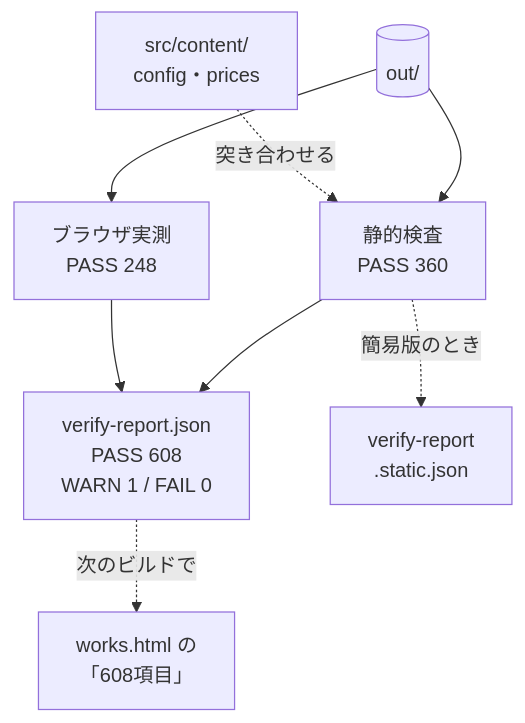
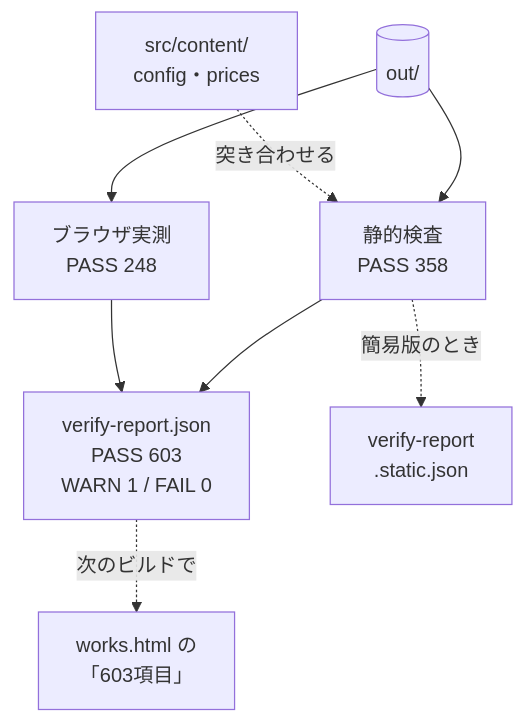
The third of 4 diagrams in site/README.md (bright-broom/tsumugi), drawn with Mermaid before and after one commit. The commit also changed 68 other files, not shown here.

````diff
--- a/site/README.md
+++ b/site/README.md
@@ -68,10 +68,10 @@
 ```mermaid
 flowchart TD
-  out[("out/")] --> st["静的検査<br/>PASS 360"]
+  out[("out/")] --> st["静的検査<br/>PASS 358"]
   out --> br["ブラウザ実測<br/>PASS 248"]
   content["src/content/<br/>config・prices"] -.->|突き合わせる| st
-  st --> full["verify-report.json<br/>PASS 608<br/>WARN 1 / FAIL 0"]
+  st --> full["verify-report.json<br/>PASS 603<br/>WARN 1 / FAIL 0"]
   br --> full
   st -.->|簡易版のとき| static["verify-report<br/>.static.json"]
-  full -.->|次のビルドで| works["works.html の<br/>「608項目」"]
+  full -.->|次のビルドで| works["works.html の<br/>「603項目」"]
 ```
````
